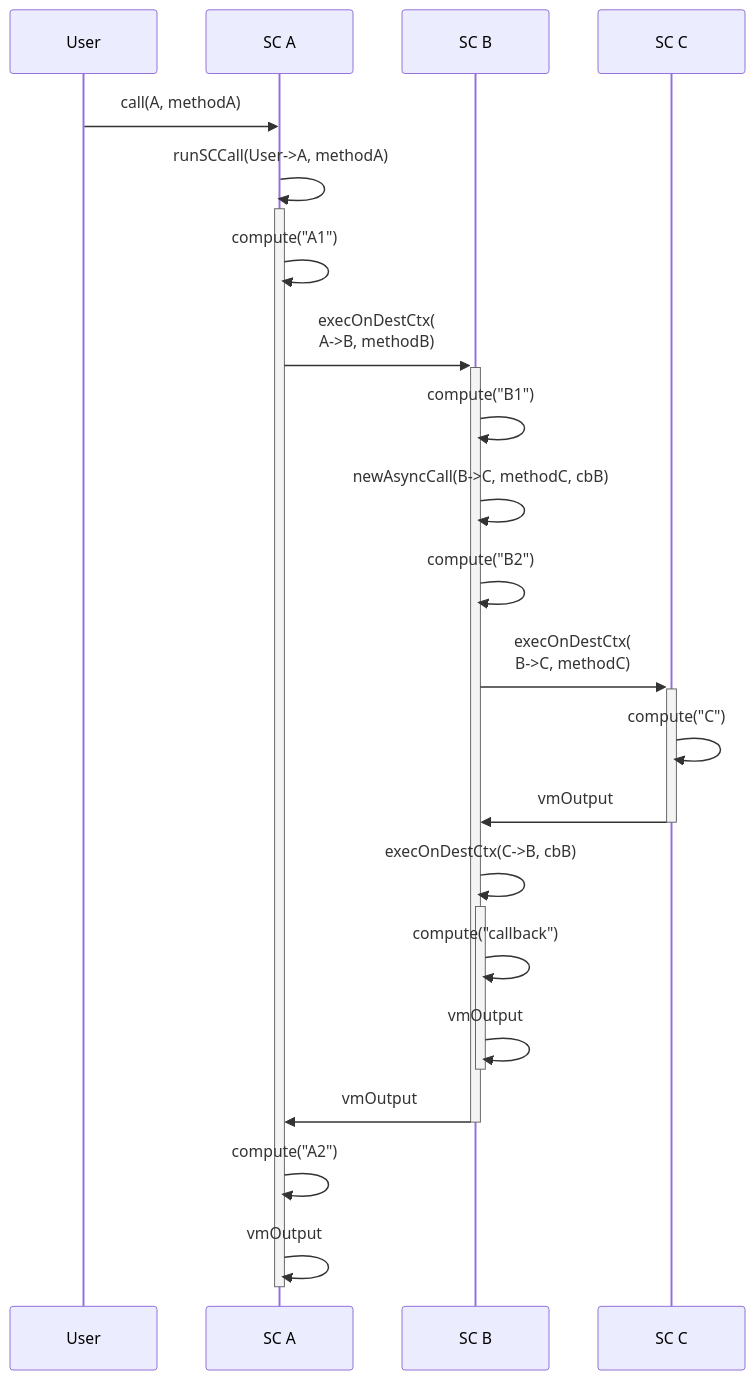
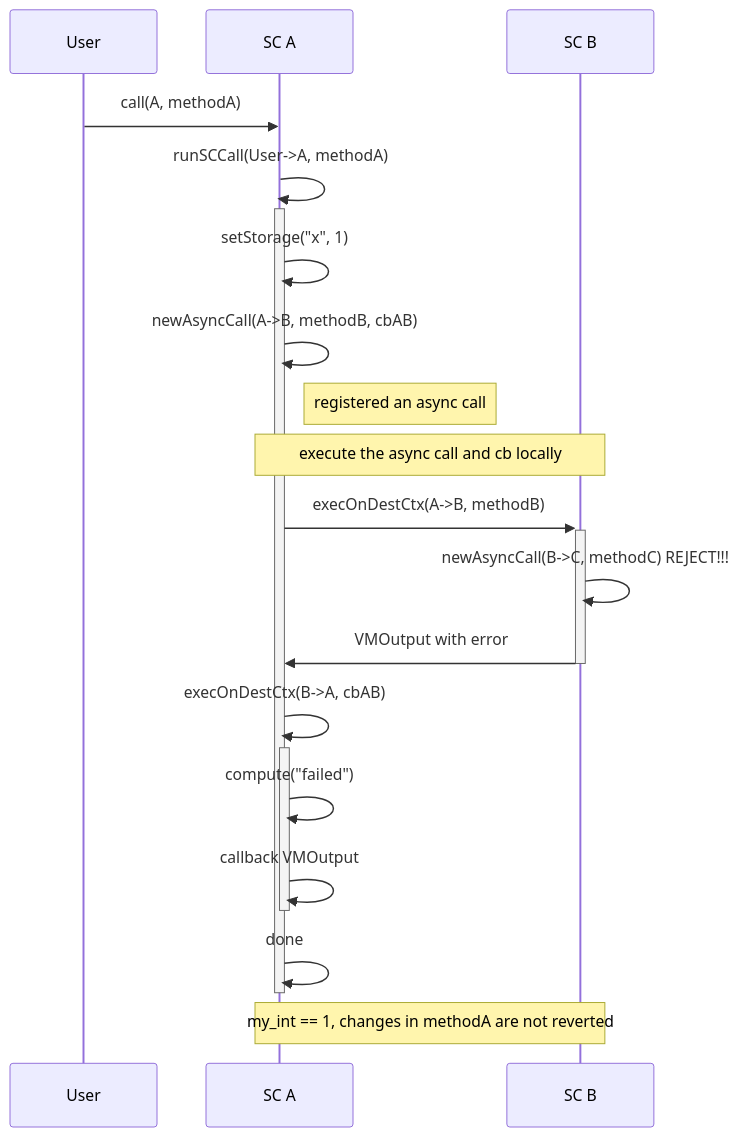
Before and after one commit to runtimeverification/multiversx-protocol-audit: the second of 3 diagrams in async_call/docs/example_cases.md, drawn with Mermaid. The commit also changed other lines of this file and 1 other file, not shown here.

````diff
--- a/async_call/docs/example_cases.md
+++ b/async_call/docs/example_cases.md
@@ -133,29 +86,28 @@
 ```mermaid
 sequenceDiagram
-
+  participant User
+  participant SC A
+  participant SC B
+  
   User ->> SC A: call(A, methodA)
   SC A ->>+ SC A: runSCCall(User->A, methodA)
 
-  SC A ->> SC A: compute("A1")
-  SC A ->>+ SC B: execOnDestCtx(<br/>A->B, methodB)
-  SC B ->> SC B: compute("B1")
+  SC A ->> SC A: setStorage("x", 1)
   
+  SC A ->> SC A: newAsyncCall(A->B, methodB, cbAB)
+  note right of SC A: registered an async call
   
-  SC B ->> SC B: newAsyncCall(B->C, methodC, cbB)
-  SC B ->> SC B: compute("B2")
-  
-  SC B ->>+ SC C: execOnDestCtx(<br/>B->C, methodC)
-  SC C ->> SC C : compute("C")
-  SC C ->>- SC B : vmOutput
+  note over SC A, SC B: execute the async call and cb locally
 
-  SC B ->>+ SC B: execOnDestCtx(C->B, cbB)
-  SC B ->> SC B: compute("callback")
-  SC B ->>- SC B: vmOutput
+  SC A ->>+ SC B: execOnDestCtx(A->B, methodB)
+  SC B ->> SC B: newAsyncCall(B->C, methodC) REJECT!!!
+  SC B ->>- SC A: VMOutput with error
 
-  SC B ->>- SC A: vmOutput
+  SC A ->>+ SC A: execOnDestCtx(B->A, cbAB)
+  SC A ->> SC A: compute("failed")
+  SC A ->>- SC A: callback VMOutput
 
+  SC A ->>- SC A: done
 
-  SC A ->> SC A: compute("A2")
-
-  SC A ->>- SC A: vmOutput
+  note over SC A, SC B: my_int == 1, changes in methodA are not reverted
 ```
````
